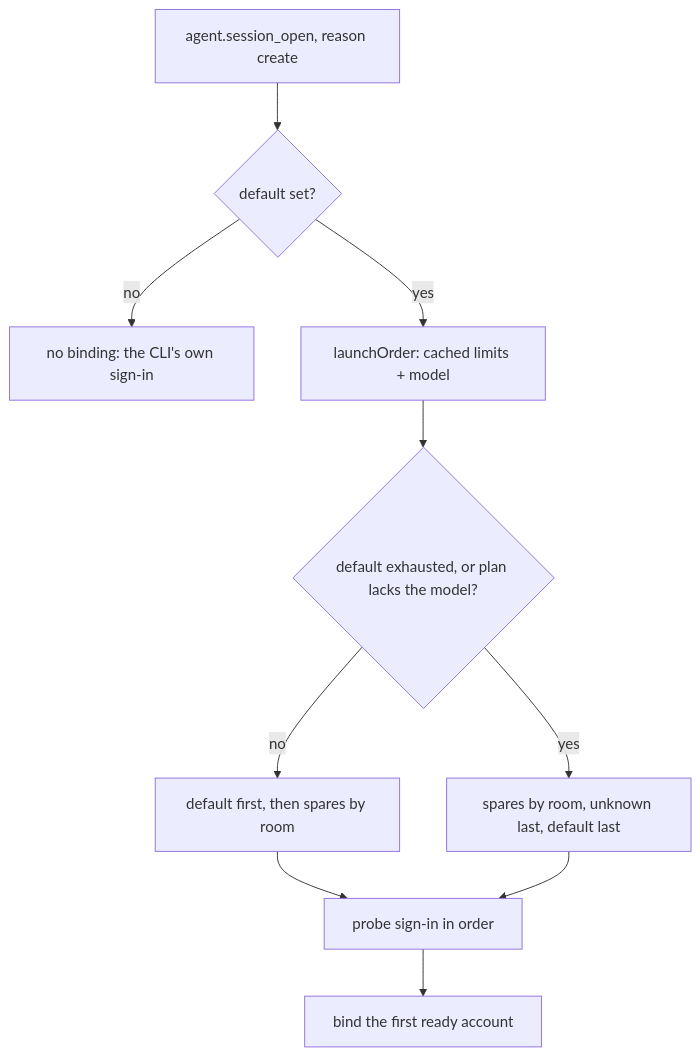
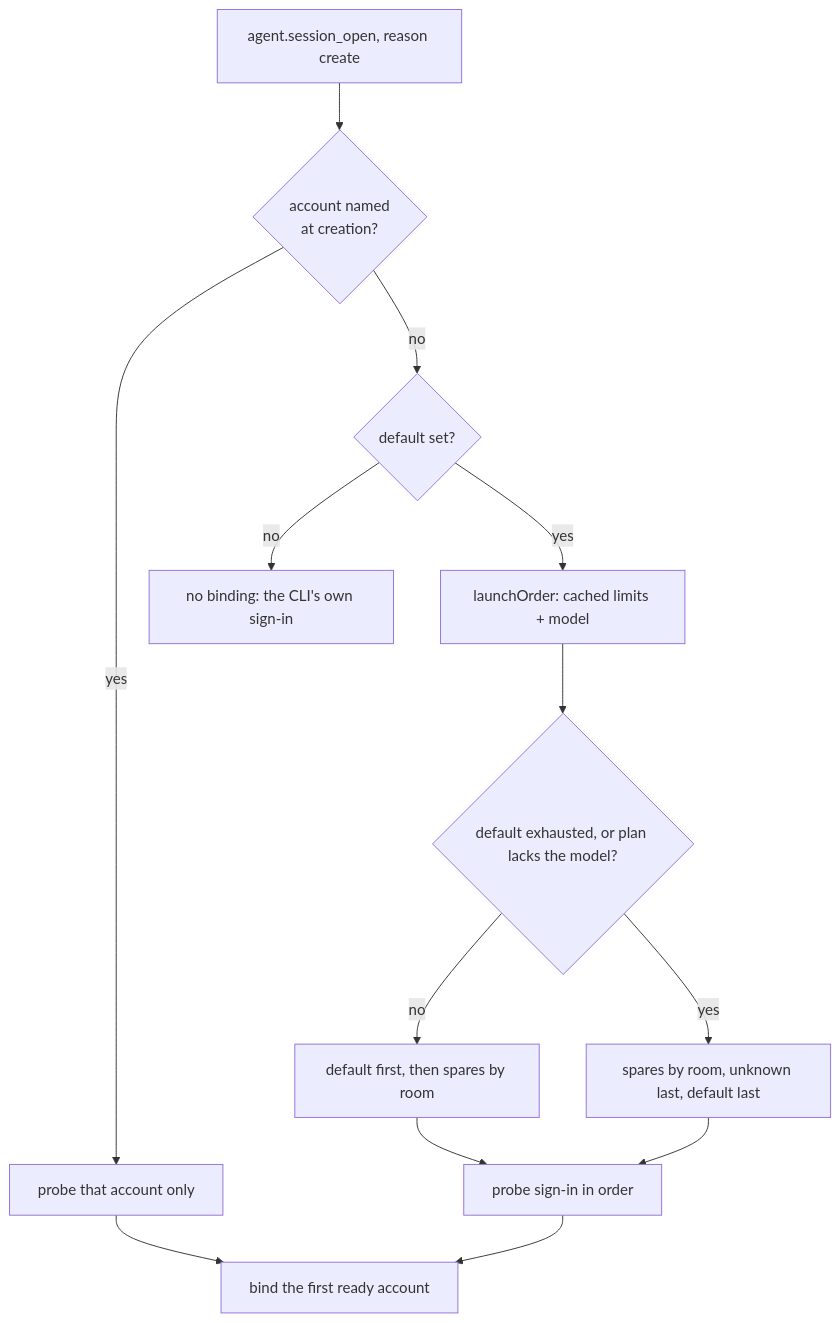
The second of 3 diagrams in docs/architecture.md (dutchakdev/paseo-plugin-account-switcher), drawn with Mermaid before and after one commit. The commit also changed other lines of this file and 10 other files, not shown here.

First line of the commit message:
Start a new agent on the account named when it is created

````diff
--- a/docs/architecture.md
+++ b/docs/architecture.md
@@ -60,12 +62,14 @@
 ```mermaid
 flowchart TD
-  A[agent.session_open, reason create] --> B{default set?}
+  A[agent.session_open, reason create] --> R{account named<br/>at creation?}
+  R -- yes --> S[probe that account only] --> H
+  R -- no --> B{default set?}
   B -- no --> Z[no binding: the CLI's own sign-in]
   B -- yes --> C[launchOrder: cached limits + model]
   C --> D{default exhausted, or plan lacks the model?}
   D -- no --> E[default first, then spares by room]
   D -- yes --> F[spares by room, unknown last, default last]
   E --> G[probe sign-in in order]
   F --> G
   G --> H[bind the first ready account]
 ```
````
